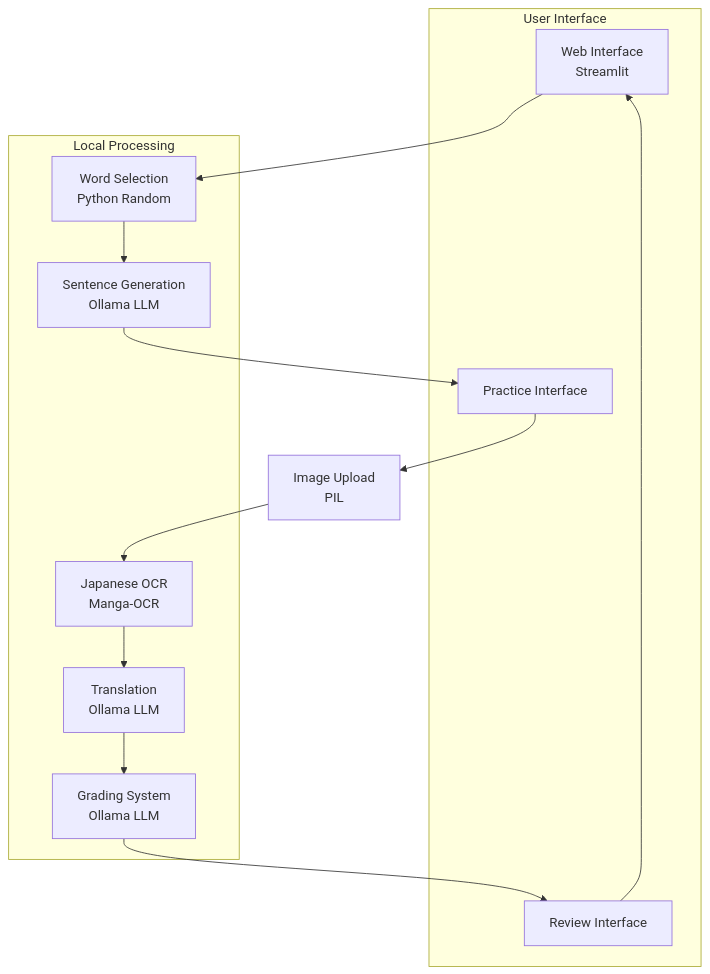
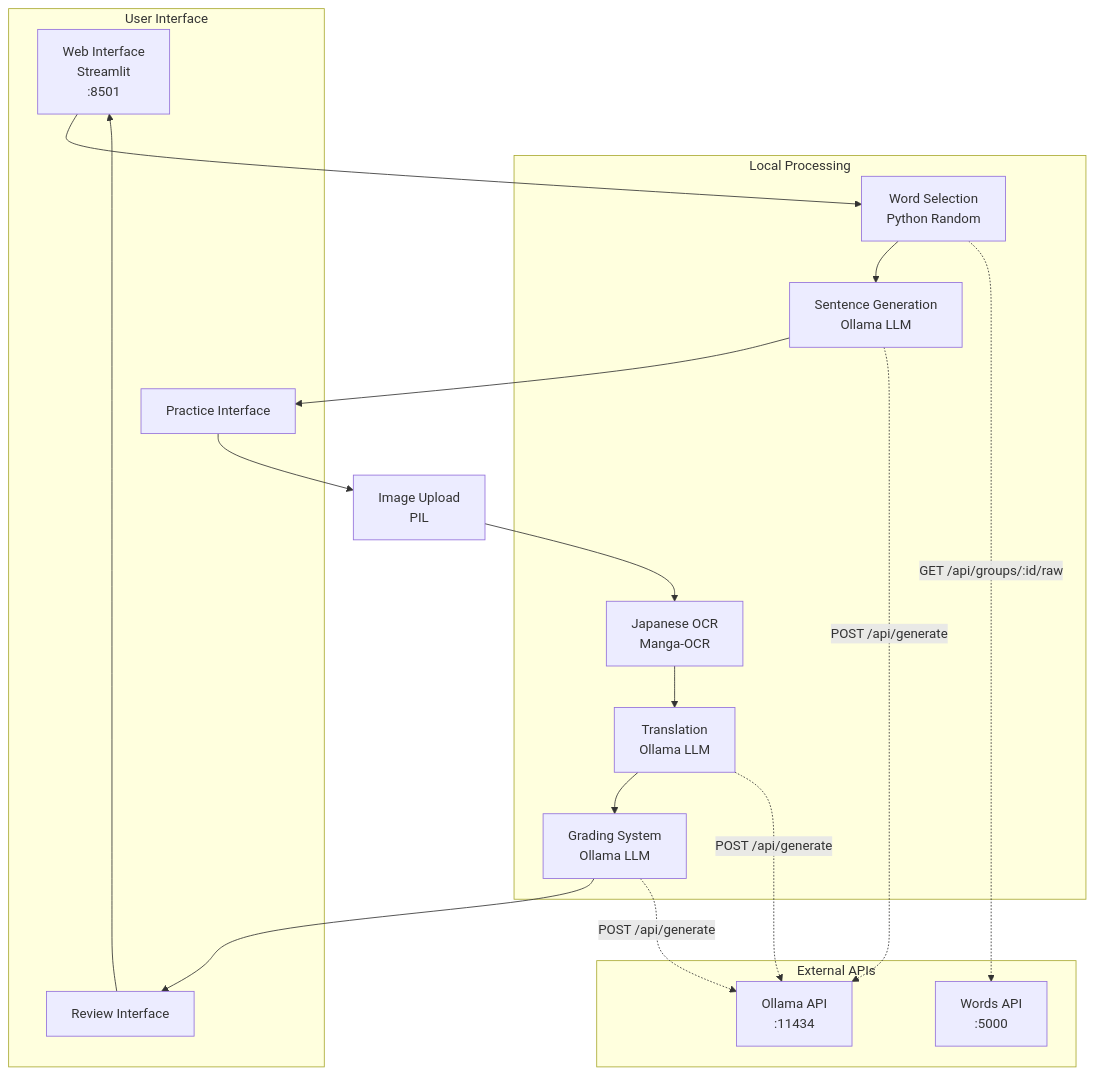
Before and after one commit to SuperNolvas/free-genai-bootcamp-2025: the diagram in writing-practice/README.md, drawn with Mermaid. The commit also changed other lines of this file, not shown here.

````diff
--- a/writing-practice/README.md
+++ b/writing-practice/README.md
@@ -22,26 +22,40 @@
 ```mermaid
 graph TD
-    A[Web Interface<br/>Streamlit] --> B[Word Selection<br/>Python Random]
+    A[Web Interface<br/>Streamlit<br/>:8501] --> B[Word Selection<br/>Python Random]
     B --> C[Sentence Generation<br/>Ollama LLM]
     C --> D[Practice Interface]
     D --> E[Image Upload<br/>PIL]
     E --> F[Japanese OCR<br/>Manga-OCR]
     F --> G[Translation<br/>Ollama LLM]
     G --> H[Grading System<br/>Ollama LLM]
     H --> I[Review Interface]
     I --> A
+    
+    %% External Services
+    API1[Words API<br/>:5000]
+    API2[Ollama API<br/>:11434]
+    
+    B -.->|GET /api/groups/:id/raw| API1
+    C -.->|POST /api/generate| API2
+    G -.->|POST /api/generate| API2
+    H -.->|POST /api/generate| API2
     
     subgraph "Local Processing"
         B
         C
         F
         G
         H
     end
     
     subgraph "User Interface"
         A
         D
         I
     end
+    
+    subgraph "External APIs"
+        API1
+        API2
+    end
 ```
````
